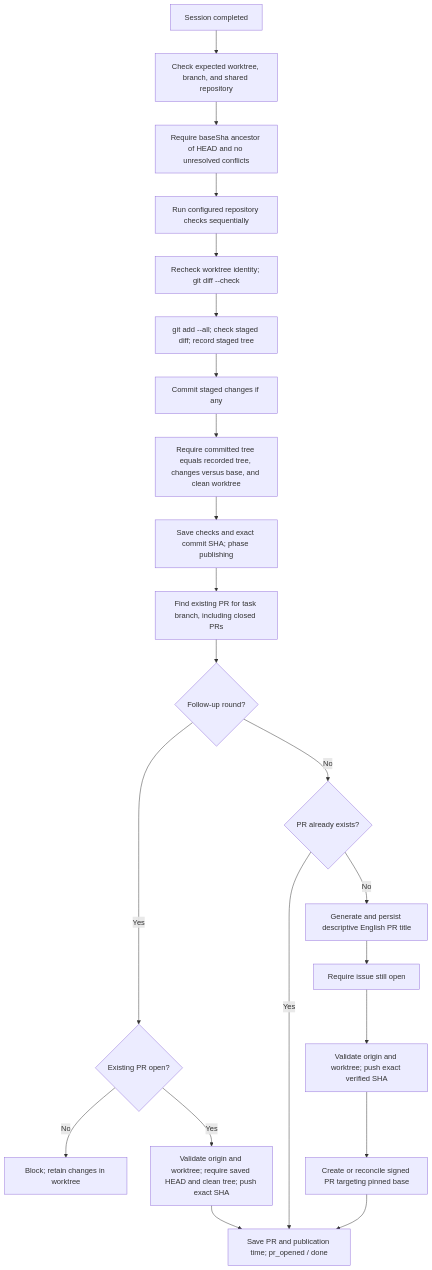
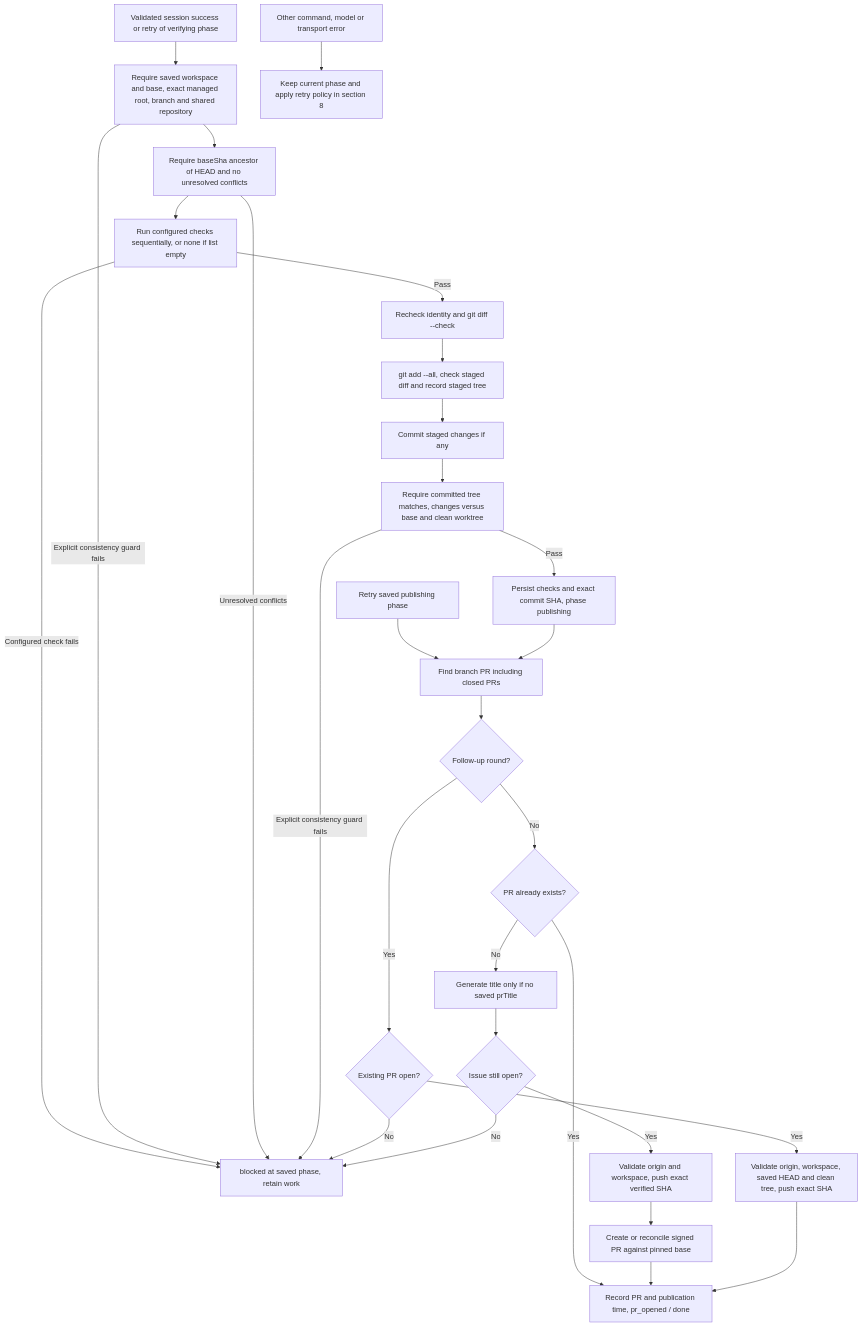
Before and after one commit to d3cker/opencode2-github-automation: the sixth of 8 diagrams in docs/bot-workflow.md, drawn with Mermaid. The commit also changed other lines of this file and 9 other files, not shown here.

Commit message:
docs: align workflow diagrams and require documentation with code changes

````diff
--- a/docs/bot-workflow.md
+++ b/docs/bot-workflow.md
@@ -270,24 +376,31 @@
 ```mermaid
 flowchart TD
-    Start[Session completed] --> Identity[Check expected worktree, branch, and shared repository]
+    Start[Validated session success or retry of verifying phase] --> Identity[Require saved workspace and base, exact managed root, branch and shared repository]
     Identity --> Base[Require baseSha ancestor of HEAD and no unresolved conflicts]
-    Base --> Checks[Run configured repository checks sequentially]
-    Checks --> Diff[Recheck worktree identity; git diff --check]
-    Diff --> Stage[git add --all; check staged diff; record staged tree]
+    Base --> Checks[Run configured checks sequentially, or none if list empty]
+    Checks -->|Configured check fails| Block[blocked at saved phase, retain work]
+    Checks -->|Pass| Diff[Recheck identity and git diff --check]
+    Diff --> Stage[git add --all, check staged diff and record staged tree]
     Stage --> Commit[Commit staged changes if any]
-    Commit --> Validate[Require committed tree equals recorded tree, changes versus base, and clean worktree]
-    Validate --> Save[Save checks and exact commit SHA; phase publishing]
-    Save --> Find[Find existing PR for task branch, including closed PRs]
+    Commit --> Validate[Require committed tree matches, changes versus base and clean worktree]
+    Identity -->|Explicit consistency guard fails| Block
+    Base -->|Unresolved conflicts| Block
+    Validate -->|Explicit consistency guard fails| Block
+    Validate -->|Pass| Save[Persist checks and exact commit SHA, phase publishing]
+    Retry[Retry saved publishing phase] --> Find
+    Save --> Find[Find branch PR including closed PRs]
     Find --> Follow{Follow-up round?}
     Follow -->|Yes| Open{Existing PR open?}
-    Open -->|No| Block[Block; retain changes in worktree]
-    Open -->|Yes| Push[Validate origin and worktree; require saved HEAD and clean tree; push exact SHA]
+    Open -->|No| Block
+    Open -->|Yes| Push[Validate origin, workspace, saved HEAD and clean tree, push exact SHA]
     Follow -->|No| Exists{PR already exists?}
-    Exists -->|Yes| Done[Save PR and publication time; pr_opened / done]
-    Exists -->|No| Title[Generate and persist descriptive English PR title]
-    Title --> Issue[Require issue still open]
-    Issue --> PushNew[Validate origin and worktree; push exact verified SHA]
-    PushNew --> Create[Create or reconcile signed PR targeting pinned base]
+    Exists -->|Yes| Done[Record PR and publication time, pr_opened / done]
+    Exists -->|No| Title[Generate title only if no saved prTitle]
+    Title --> Issue{Issue still open?}
+    Issue -->|No| Block
+    Issue -->|Yes| PushNew[Validate origin and workspace, push exact verified SHA]
+    PushNew --> Create[Create or reconcile signed PR against pinned base]
     Create --> Done
     Push --> Done
+    Failure[Other command, model or transport error] --> Policy[Keep current phase and apply retry policy in section 8]
 ```
````
